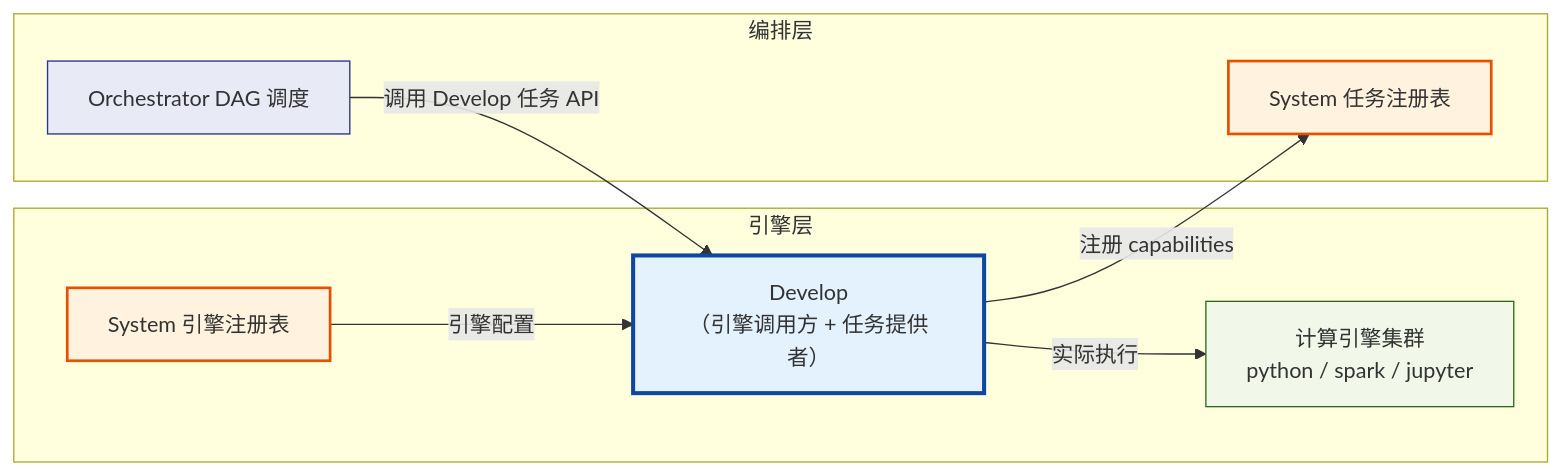
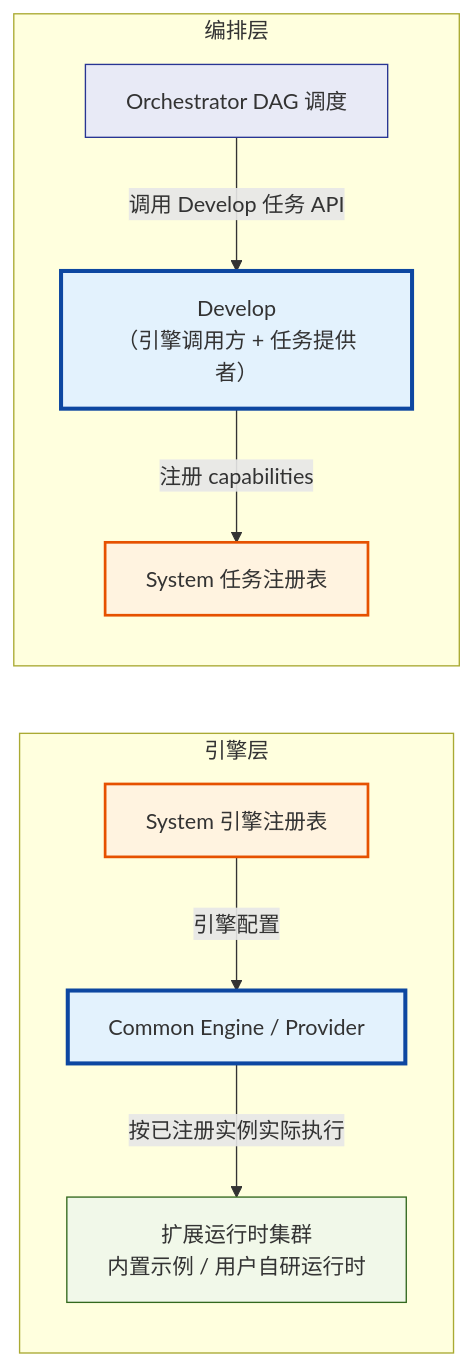
Diagram 12 of 12 in docs/concepts/addp模块架构图.md (pampa0629/addp), drawn with Mermaid before and after one commit. The commit also changed other lines of this file and 536 other files, not shown here.

````diff
--- a/docs/concepts/addp模块架构图.md
+++ b/docs/concepts/addp模块架构图.md
@@ -771,28 +782,28 @@
 ```mermaid
 graph LR
     subgraph "引擎层"
         System_E["System 引擎注册表"]
-        Engines["计算引擎集群<br/>python / spark / jupyter"]
-        System_E -->|"引擎配置"| Develop
-        Develop -->|"实际执行"| Engines
+        Engines["扩展运行时集群<br/>内置示例 / 用户自研运行时"]
+        System_E -->|"引擎配置"| CommonProvider["Common Engine / Provider"]
+        CommonProvider -->|"按已注册实例实际执行"| Engines
     end
 
     subgraph "编排层"
         System_T["System 任务注册表"]
         Orchestrator["Orchestrator DAG 调度"]
         Develop -->|"注册 capabilities"| System_T
         Orchestrator -->|"调用 Develop 任务 API"| Develop
     end
 
     Develop["Develop<br/>（引擎调用方 + 任务提供者）"]
 
     classDef system fill:#fff3e0,stroke:#e65100,stroke-width:2px
     classDef develop fill:#e3f2fd,stroke:#0d47a1,stroke-width:3px
     classDef engine fill:#f1f8e9,stroke:#33691e
     classDef orch fill:#e8eaf6,stroke:#283593
 
     class System_E,System_T system
-    class Develop develop
+    class Develop,CommonProvider develop
     class Engines engine
     class Orchestrator orch
 ```
````
